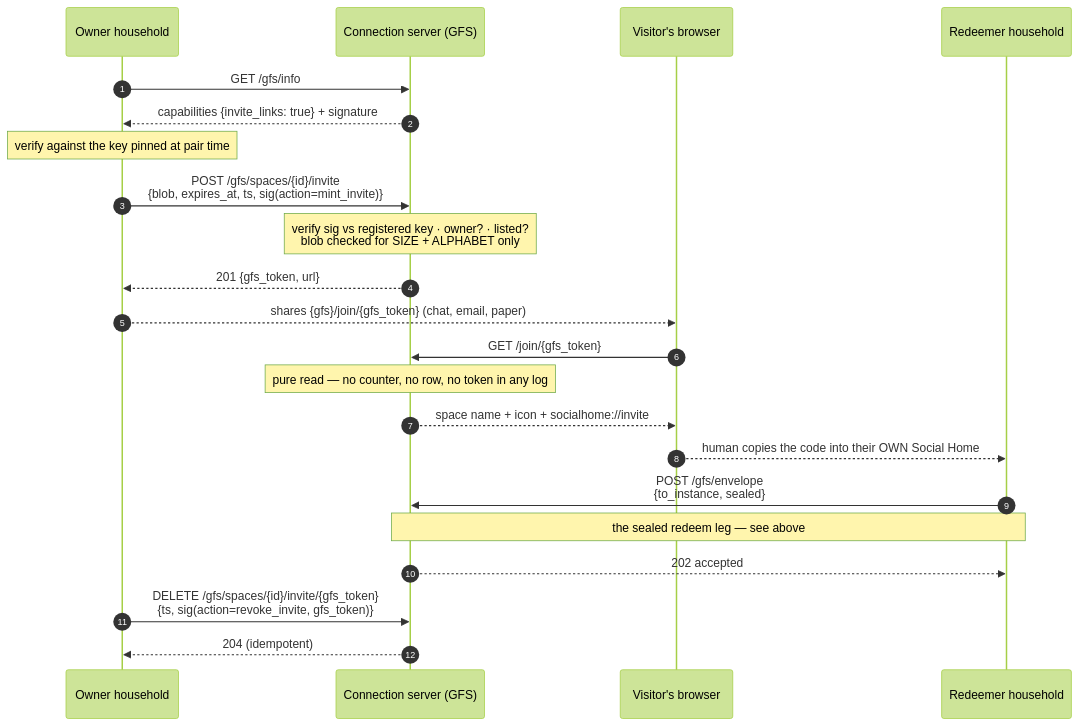
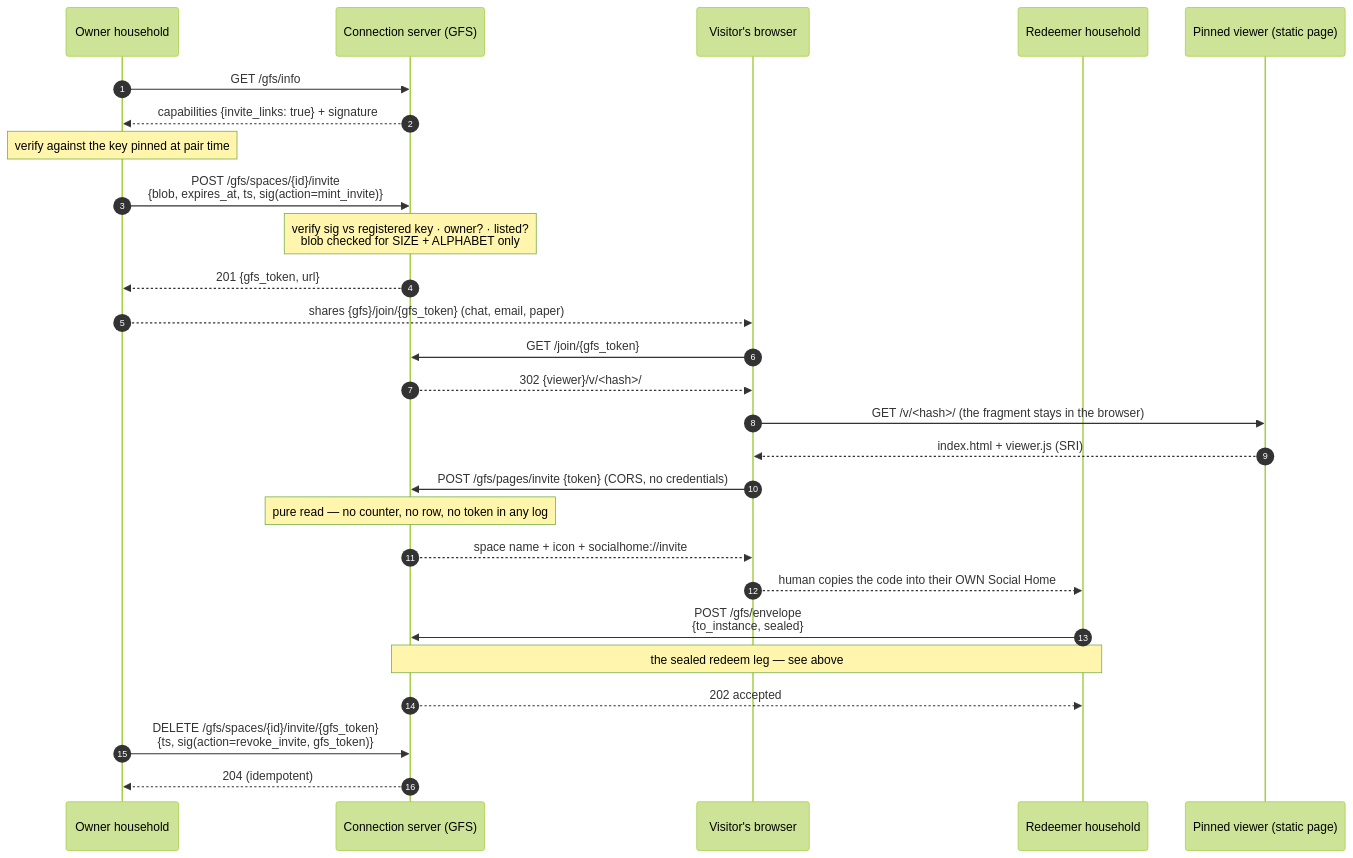
Before and after one commit to social-home-io/socialhome: the first of 7 diagrams in docs/protocol/invites.md, drawn with Mermaid (forest theme). The commit also changed other lines of this file and 8 other files, not shown here.

First line of the commit message:
Docs + demo: the GFS's public pages in the pinned viewer

````diff
--- a/docs/protocol/invites.md
+++ b/docs/protocol/invites.md
@@ -385,28 +403,33 @@
 ```mermaid
 sequenceDiagram
     autonumber
     participant O as Owner household
     participant G as Connection server (GFS)
     participant B as Visitor's browser
     participant R as Redeemer household
+    participant V as Pinned viewer (static page)
 
     O->>G: GET /gfs/info
     G-->>O: capabilities {invite_links: true} + signature
     Note over O: verify against the key pinned at pair time
     O->>G: POST /gfs/spaces/{id}/invite<br/>{blob, expires_at, ts, sig(action=mint_invite)}
     Note over G: verify sig vs registered key · owner? · listed?<br/>blob checked for SIZE + ALPHABET only
     G-->>O: 201 {gfs_token, url}
     O-->>B: shares {gfs}/join/{gfs_token} (chat, email, paper)
 
     B->>G: GET /join/{gfs_token}
+    G-->>B: 302 {viewer}/v/<hash>/#v=join&g=…&t={gfs_token}
+    B->>V: GET /v/<hash>/ (the fragment stays in the browser)
+    V-->>B: index.html + viewer.js (SRI)
+    B->>G: POST /gfs/pages/invite {token} (CORS, no credentials)
     Note over G: pure read — no counter, no row, no token in any log
     G-->>B: space name + icon + socialhome://invite#<blob> + QR
     B-->>R: human copies the code into their OWN Social Home
 
     R->>G: POST /gfs/envelope<br/>{to_instance, sealed}
     Note over G,R: the sealed redeem leg — see above
     G-->>R: 202 accepted
 
     O->>G: DELETE /gfs/spaces/{id}/invite/{gfs_token}<br/>{ts, sig(action=revoke_invite, gfs_token)}
     G-->>O: 204 (idempotent)
 ```
````
